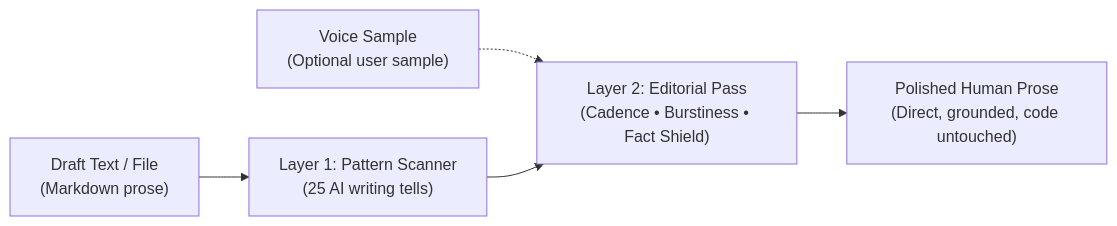
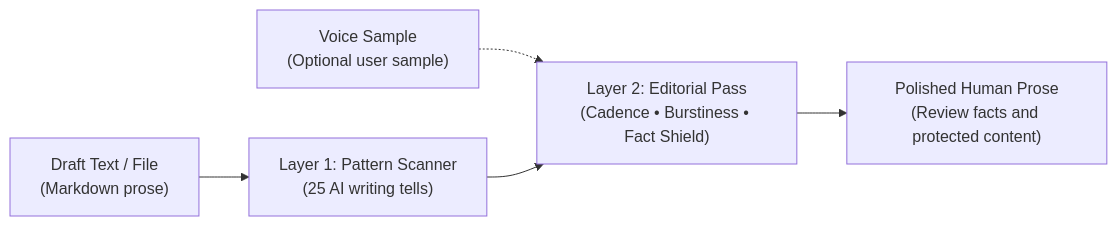
Before and after one commit to irrumi/universal_humanizer: the diagram in README.md, drawn with Mermaid. The commit also changed other lines of this file and 9 other files, not shown here.

````diff
--- a/README.md
+++ b/README.md
@@ -77,7 +77,7 @@
 ```mermaid
 flowchart LR
     A["Draft Text / File<br/>(Markdown prose)"] --> B["Layer 1: Pattern Scanner<br/>(25 AI writing tells)"]
     V["Voice Sample<br/>(Optional user sample)"] -.-> C
     B --> C["Layer 2: Editorial Pass<br/>(Cadence • Burstiness • Fact Shield)"]
-    C --> D["Polished Human Prose<br/>(Direct, grounded, code untouched)"]
+    C --> D["Polished Human Prose<br/>(Review facts and protected content)"]
 ```
````
